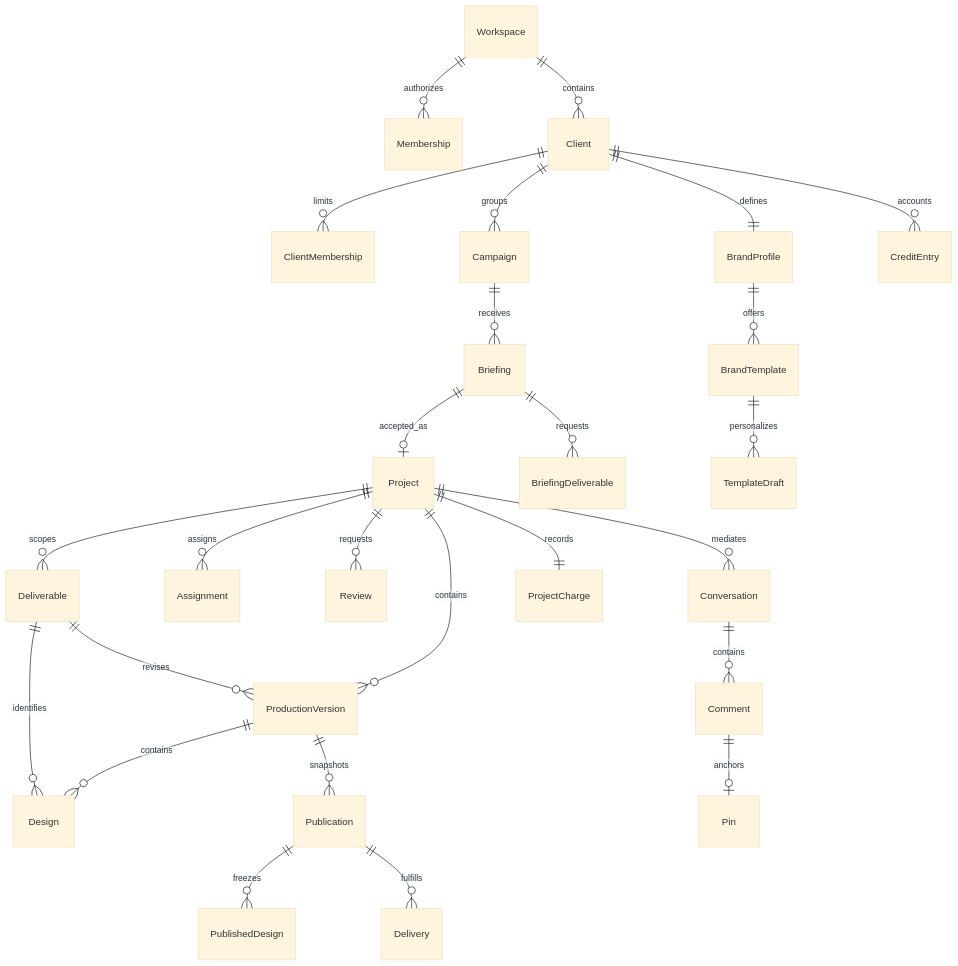
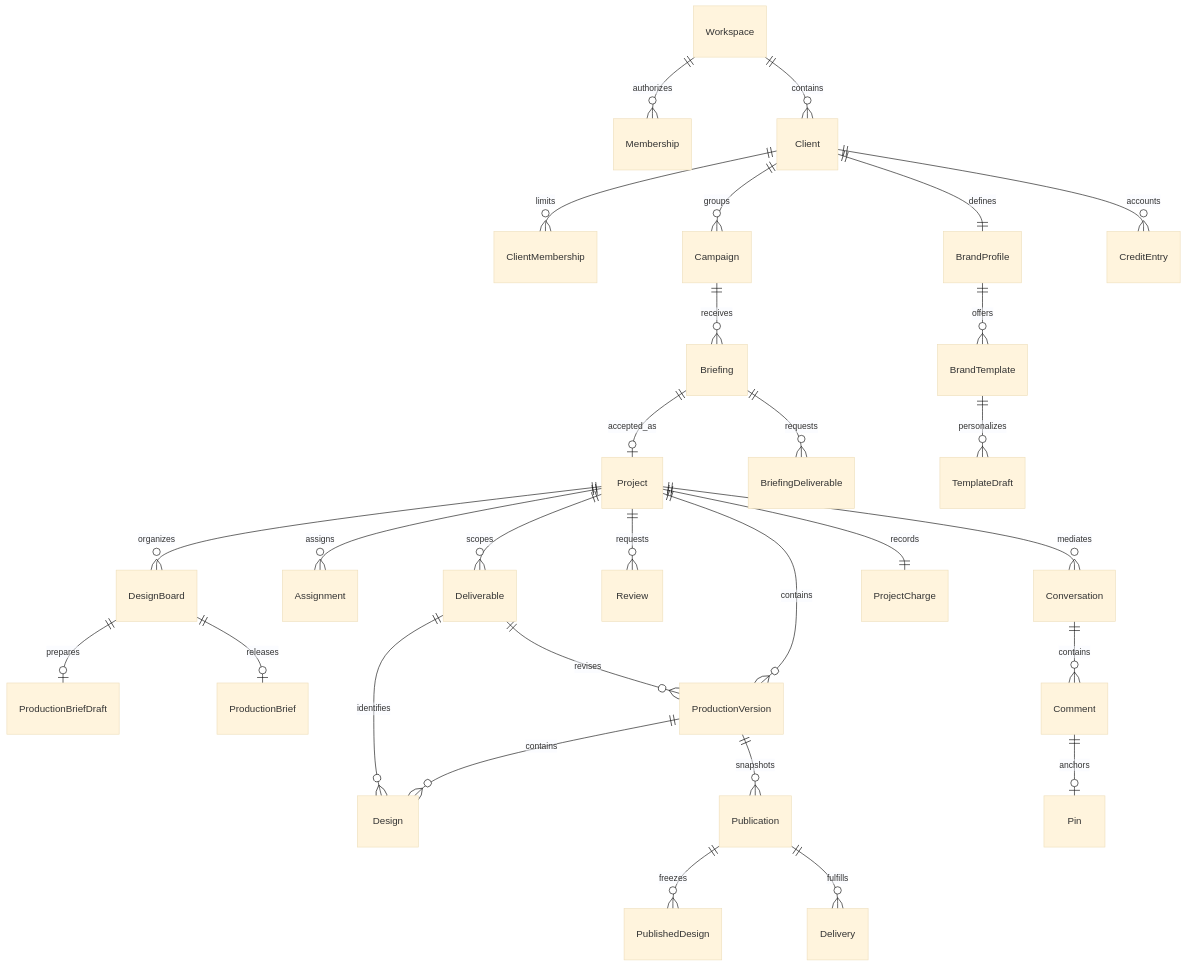
Before and after one commit to wendleyw/DawesStudios: the first of 2 diagrams in docs/architecture/domain.md, drawn with Mermaid (base theme). The commit also changed other lines of this file and 45 other files, not shown here.

````diff
--- a/docs/architecture/domain.md
+++ b/docs/architecture/domain.md
@@ -25,28 +25,31 @@
 ```mermaid
 erDiagram
   Workspace ||--o{ Membership : authorizes
   Workspace ||--o{ Client : contains
   Client ||--o{ ClientMembership : limits
   Client ||--o{ Campaign : groups
   Client ||--|| BrandProfile : defines
   Campaign ||--o{ Briefing : receives
   Briefing ||--o| Project : accepted_as
   Briefing ||--o{ BriefingDeliverable : requests
   Project ||--o{ Deliverable : scopes
   Project ||--o{ Assignment : assigns
+  Project ||--o{ DesignBoard : organizes
+  DesignBoard ||--o| ProductionBriefDraft : prepares
+  DesignBoard ||--o| ProductionBrief : releases
   Project ||--o{ ProductionVersion : contains
   Deliverable ||--o{ ProductionVersion : revises
   ProductionVersion ||--o{ Design : contains
   Deliverable ||--o{ Design : identifies
   ProductionVersion ||--o{ Publication : snapshots
   Publication ||--o{ PublishedDesign : freezes
   Project ||--o{ Review : requests
   Project ||--o{ Conversation : mediates
   Conversation ||--o{ Comment : contains
   Comment ||--o| Pin : anchors
   Publication ||--o{ Delivery : fulfills
   Client ||--o{ CreditEntry : accounts
   Project ||--|| ProjectCharge : records
   BrandProfile ||--o{ BrandTemplate : offers
   BrandTemplate ||--o{ TemplateDraft : personalizes
 ```
````
